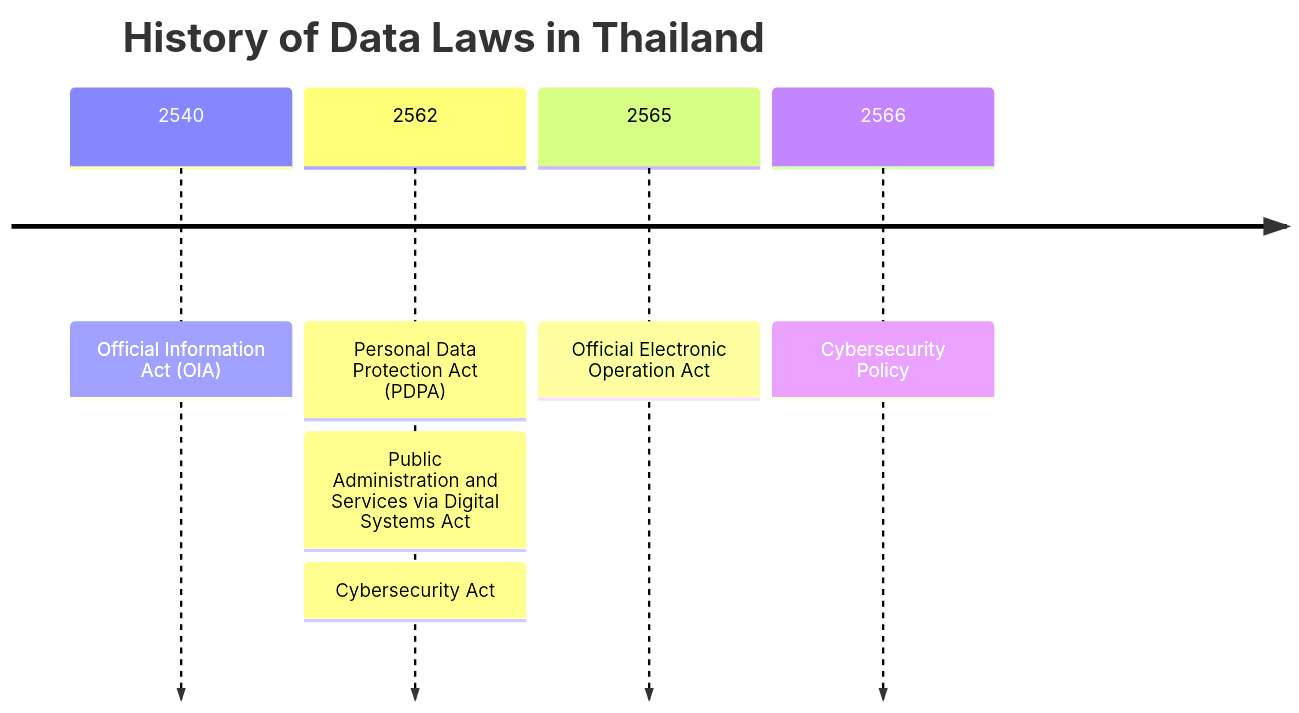
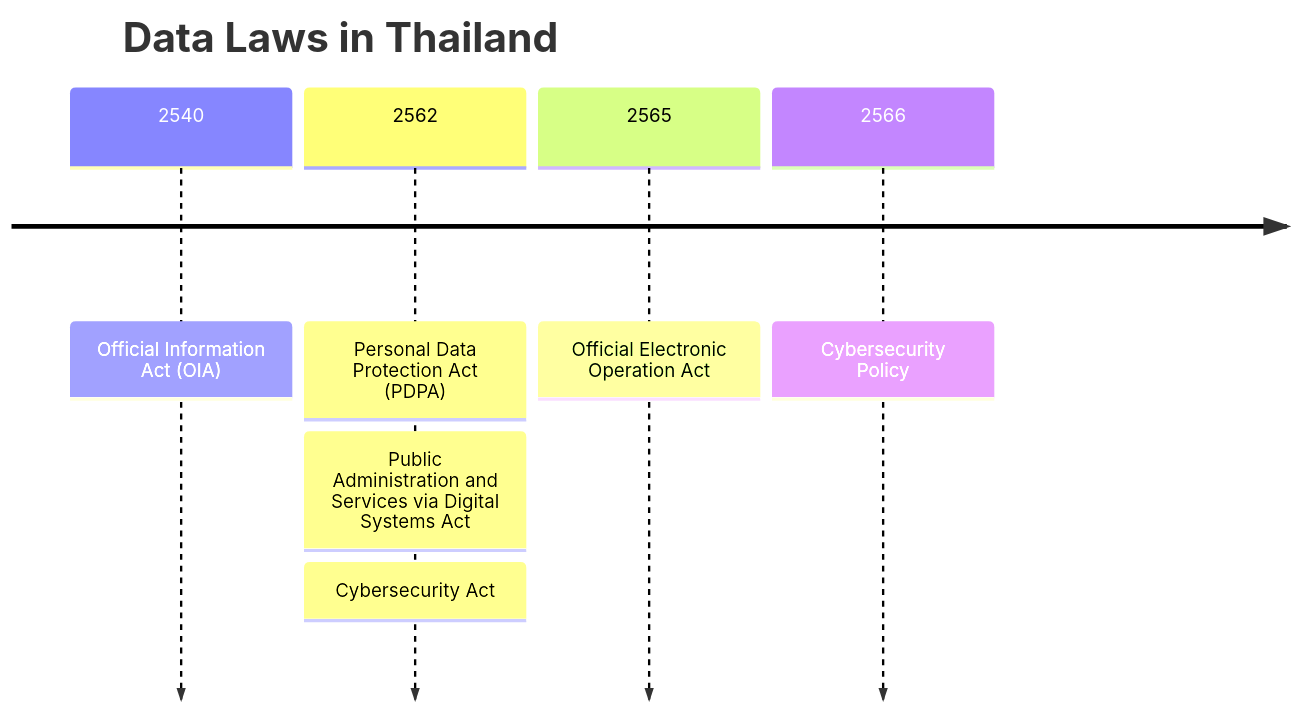
Before and after one commit to Kietpawpan/pdpa: the first of 11 diagrams in README.md, drawn with Mermaid.

````diff
--- a/README.md
+++ b/README.md
@@ -6,10 +6,10 @@
 ```mermaid
 timeline
-    title History of Data Laws in Thailand
+    title Data Laws in Thailand
     2540 : Official Information Act (OIA)
     2562 : Personal Data Protection Act (PDPA)
          : Public Administration and Services via Digital Systems Act
 	 : Cybersecurity Act
     2565 : Official Electronic Operation Act
     2566 : Cybersecurity Policy
 ```
````
